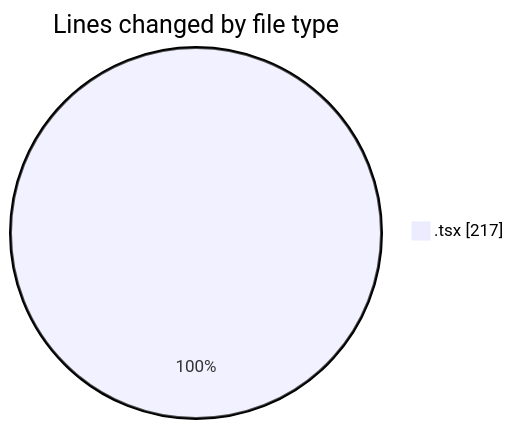
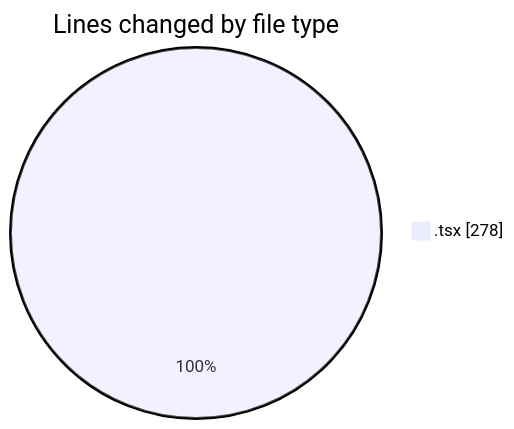
The first of 2 diagrams in 2026-04-08/airfeed-analytics-dashboard/README.md (nxtqubesakshisongat/code-tracking), drawn with Mermaid before and after one commit. The commit also changed other lines of this file and 1 other file, not shown here.

````diff
--- a/2026-04-08/airfeed-analytics-dashboard/README.md
+++ b/2026-04-08/airfeed-analytics-dashboard/README.md
@@ -20,5 +21,5 @@
 ```mermaid
 pie showData
 title Lines changed by file type
-".tsx" : 217
+".tsx" : 278
 ```
````
